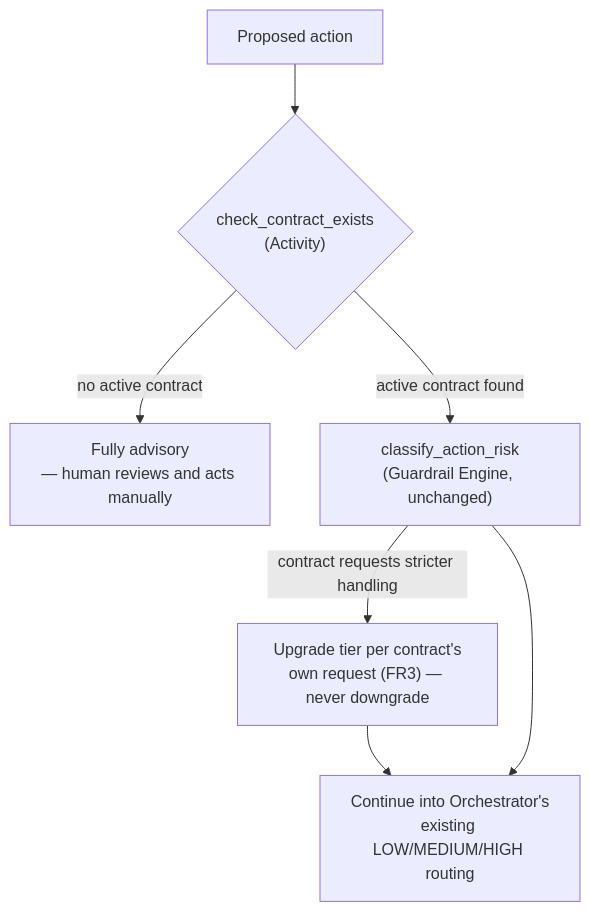
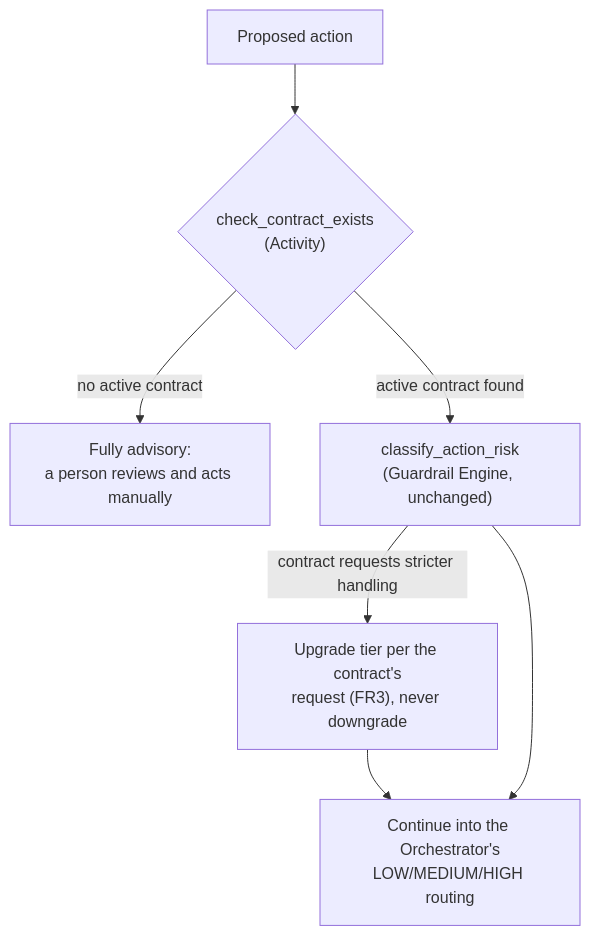
The diagram in docs/Solution_Architecture_Governed_Automation_Contract.md (mbnest/finops-intelligence-platform), drawn with Mermaid before and after one commit. The commit also changed other lines of this file and 15 other files, not shown here.

First line of the commit message:
Revise architecture docs from review: billing data, ML framing, operating model, rollout, testing, and references

````diff
--- a/docs/Solution_Architecture_Governed_Automation_Contract.md
+++ b/docs/Solution_Architecture_Governed_Automation_Contract.md
@@ -47,9 +47,9 @@
 ```mermaid
 flowchart TD
     P[Proposed action] --> CHECK{"check_contract_exists<br/>(Activity)"}
-    CHECK -->|no active contract| ADV["Fully advisory<br/>— human reviews and acts manually"]
+    CHECK -->|no active contract| ADV["Fully advisory:<br/>a person reviews and acts manually"]
     CHECK -->|active contract found| R["classify_action_risk<br/>(Guardrail Engine, unchanged)"]
-    R -->|contract requests stricter handling| STRICT["Upgrade tier per contract's<br/>own request (FR3) — never downgrade"]
-    STRICT --> CONT["Continue into Orchestrator's<br/>existing LOW/MEDIUM/HIGH routing"]
+    R -->|contract requests stricter handling| STRICT["Upgrade tier per the contract's<br/>request (FR3), never downgrade"]
+    STRICT --> CONT["Continue into the Orchestrator's<br/>LOW/MEDIUM/HIGH routing"]
     R --> CONT
 ```
````
